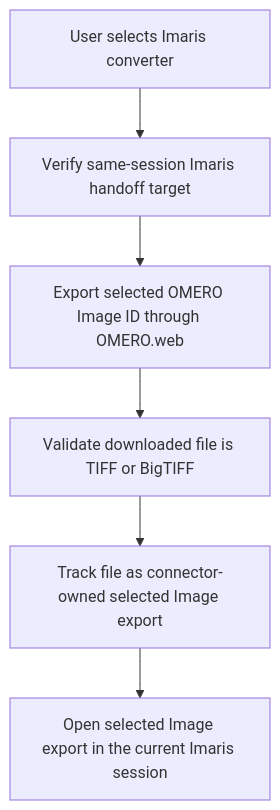
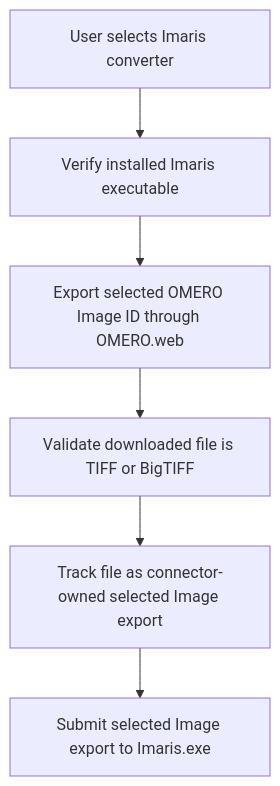
Before and after one commit to ZMB-UZH/omero-docker-extended: the fifth of 7 diagrams in docs/plugins/imaris-connector-workflow.md, drawn with Mermaid. The commit also changed other lines of this file and 4 other files, not shown here.

Commit message:
Use Imaris executable for selected-image handoff

````diff
--- a/docs/plugins/imaris-connector-workflow.md
+++ b/docs/plugins/imaris-connector-workflow.md
@@ -167,8 +170,8 @@
 ```mermaid
 flowchart TD
-    A[User selects Imaris converter] --> B[Verify same-session Imaris handoff target]
+    A[User selects Imaris converter] --> B[Verify installed Imaris executable]
     B --> C[Export selected OMERO Image ID through OMERO.web]
     C --> D[Validate downloaded file is TIFF or BigTIFF]
     D --> E[Track file as connector-owned selected Image export]
-    E --> F[Open selected Image export in the current Imaris session]
+    E --> F[Submit selected Image export to Imaris.exe]
 ```
````
